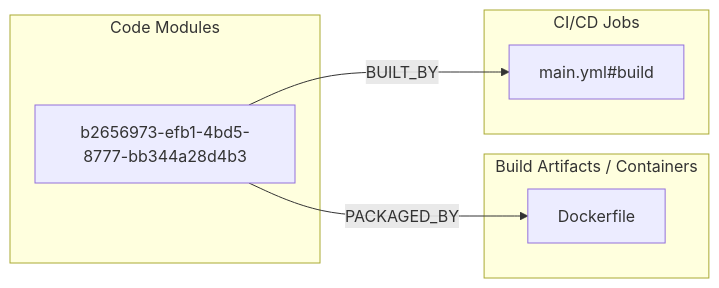
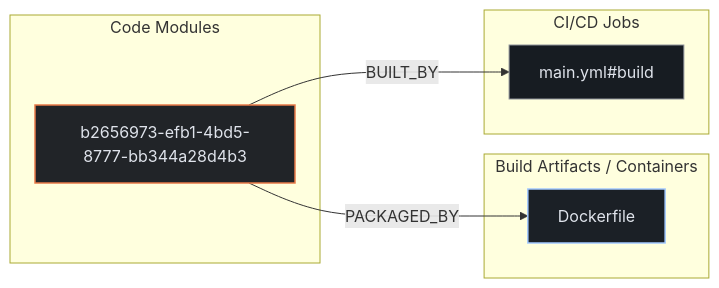
One commit to kumarshaz/atruss-code-atlas changed the second of 3 diagrams in exports/latest/reports/triggerdotdev-jsonhero-web-report.md. Above: the diagram before and after it, drawn with Mermaid. The commit also changed other lines of this file and 331 other files, not shown here.

Commit message:
docs,ui,fix: update SDLC docs, reorder CI/CD DAG first, stylize Mermaid, and fix Arc42 pipeline topology

````diff
--- a/exports/latest/reports/triggerdotdev-jsonhero-web-report.md
+++ b/exports/latest/reports/triggerdotdev-jsonhero-web-report.md
@@ -189,14 +196,18 @@
 ```mermaid
 flowchart LR
+    classDef atlasCategory fill:#212428,stroke:#E87A48,stroke-width:1.5px,color:#dfe3eb
+    classDef atlasWorkflow fill:#1b2026,stroke:#a3c9ff,stroke-width:1.5px,color:#dfe3eb
+    classDef atlasJob fill:#171c22,stroke:#8d9199,stroke-width:1px,color:#dfe3eb
+    classDef atlasTarget fill:#005227,stroke:#8bd99b,stroke-width:1.5px,color:#a7f6b6
     subgraph code_modules["Code Modules"]
-        mod_b2656973_efb1_4bd5_8777_bb344a28d4b3["b2656973-efb1-4bd5-8777-bb344a28d4b3"]
+        mod_b2656973_efb1_4bd5_8777_bb344a28d4b3["b2656973-efb1-4bd5-8777-bb344a28d4b3"]:::atlasCategory
     end
     subgraph build_artifacts["Build Artifacts / Containers"]
-        art_Dockerfile["Dockerfile"]
+        art_Dockerfile["Dockerfile"]:::atlasWorkflow
     end
     subgraph ci_jobs["CI/CD Jobs"]
-        job_main_yml_build["main.yml#build"]
+        job_main_yml_build["main.yml#build"]:::atlasJob
     end
     mod_b2656973_efb1_4bd5_8777_bb344a28d4b3 -->|BUILT_BY| job_main_yml_build
     mod_b2656973_efb1_4bd5_8777_bb344a28d4b3 -->|PACKAGED_BY| art_Dockerfile
 ```
````
